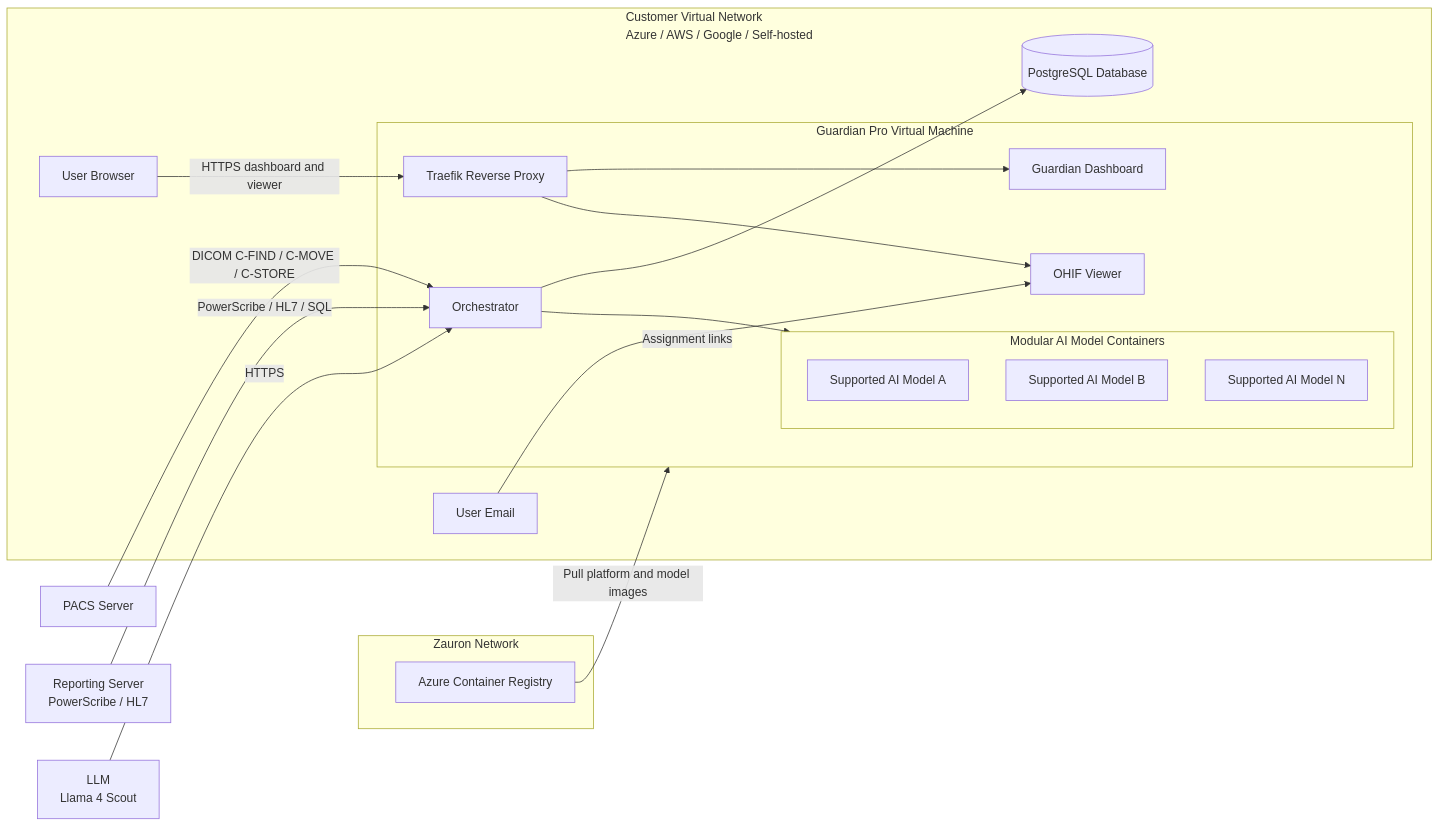
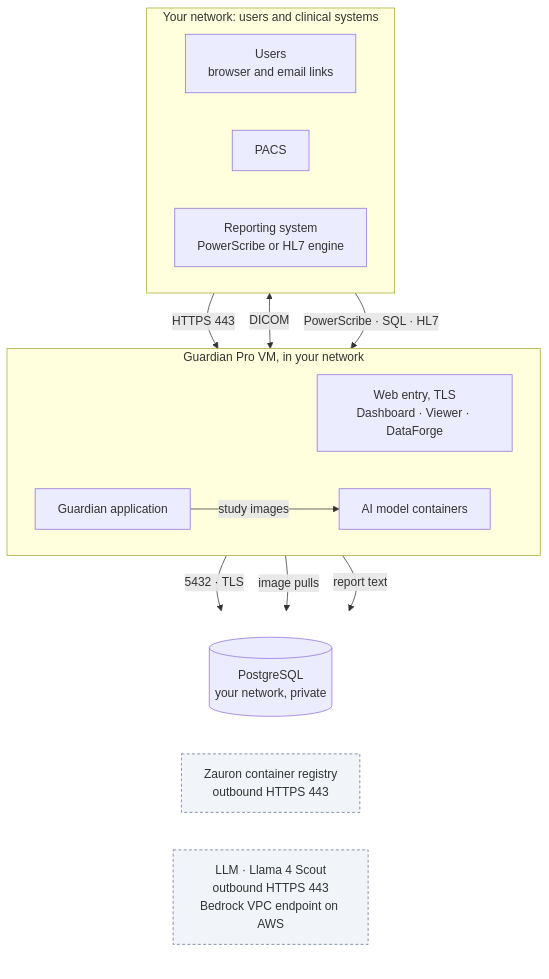
Before and after one commit to Zauron-Labs/guardian-pro-gitbook: the diagram in docs/installation.md, drawn with Mermaid. The commit also changed other lines of this file, not shown here.

Commit message:
Cleaner dedicated-install network diagram
PACS, reporting and users sit in the customer's network (the old diagram drew them
outside), the VM's parts are grouped, and the only outbound connections (registry, LLM)
are shown separately. Adds DataForge to how users reach Guardian.

````diff
--- a/docs/installation.md
+++ b/docs/installation.md
@@ -218,38 +218,35 @@
 ```mermaid
-flowchart LR
-    PACS[PACS Server]
-    REPORT[Reporting Server<br/>PowerScribe / HL7]
-    LLM[LLM<br/>Llama 4 Scout]
-
-    subgraph ZAURON[Zauron Network]
-        REGISTRY[Azure Container Registry]
+flowchart TB
+    subgraph TOP["Your network: users and clinical systems"]
+        direction LR
+        USERS["Users<br/>browser and email links"]
+        PACS["PACS"]
+        RPT["Reporting system<br/>PowerScribe or HL7 engine"]
     end
 
-    subgraph VNET[Customer Virtual Network<br/>Azure / AWS / Google / Self-hosted]
-        BROWSER[User Browser]
-        EMAIL[User Email]
-        DB[(PostgreSQL Database)]
-        subgraph VM[Guardian Pro Virtual Machine]
-            PROXY[Traefik Reverse Proxy]
-            DASH[Guardian Dashboard]
-            VIEWER[OHIF Viewer]
-            APP[Orchestrator]
-            subgraph MODELS[Modular AI Model Containers]
-                MODEL1[Supported AI Model A]
-                MODEL2[Supported AI Model B]
-                MODELN[Supported AI Model N]
-            end
-        end
+    subgraph VM["Guardian Pro VM, in your network"]
+        direction LR
+        WEB["Web entry, TLS<br/>Dashboard · Viewer · DataForge"]
+        APP["Guardian application"]
+        MODELS["AI model containers"]
     end
 
-    PACS -->|DICOM C-FIND / C-MOVE / C-STORE| APP
-    REPORT -->|PowerScribe / HL7 / SQL| APP
-    LLM -->|HTTPS| APP
-    REGISTRY -->|Pull platform and model images| VM
-    BROWSER -->|HTTPS dashboard and viewer| PROXY
-    EMAIL -->|Assignment links| VIEWER
-    PROXY --> DASH
-    PROXY --> VIEWER
-    APP --> DB
-    APP --> MODELS
+    subgraph BOTTOM[" "]
+        direction LR
+        DB[("PostgreSQL<br/>your network, private")]
+        REG["Zauron container registry<br/>outbound HTTPS 443"]
+        LLM["LLM · Llama 4 Scout<br/>outbound HTTPS 443<br/>Bedrock VPC endpoint on AWS"]
+    end
+
+    USERS -->|"HTTPS 443"| WEB
+    PACS <-->|"DICOM"| APP
+    RPT -->|"PowerScribe · SQL · HL7"| APP
+    APP -->|"study images"| MODELS
+    APP -->|"5432 · TLS"| DB
+    APP -->|"image pulls"| REG
+    APP -->|"report text"| LLM
+
+    style BOTTOM fill:none,stroke:none
+    classDef ext fill:#f1f5f9,stroke:#64748b,stroke-dasharray: 4 3
+    class REG,LLM ext
 ```
````
